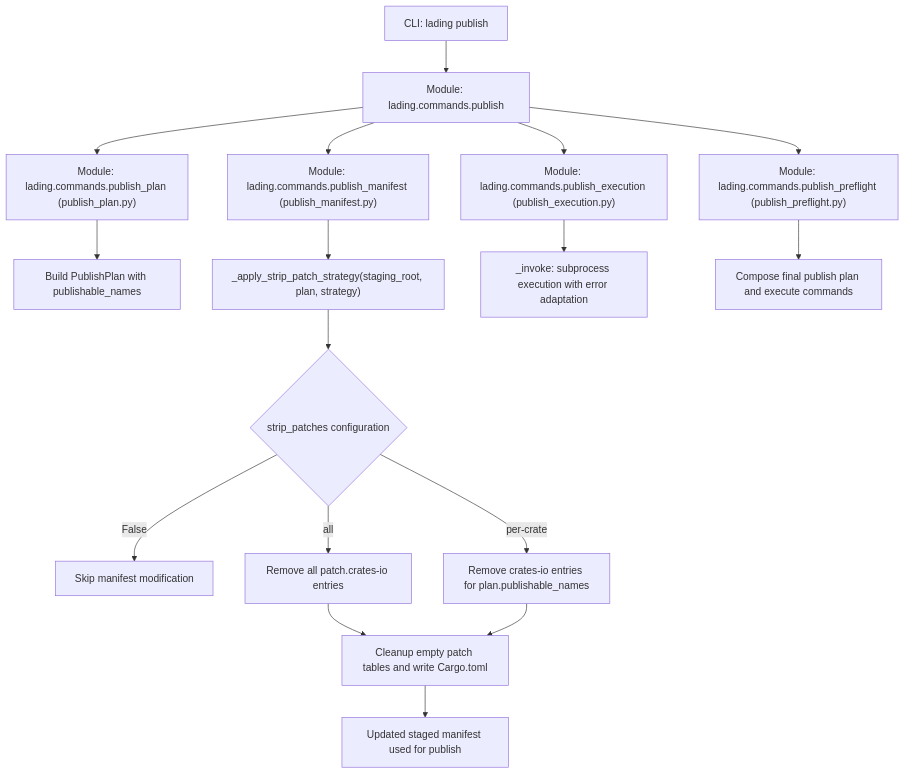
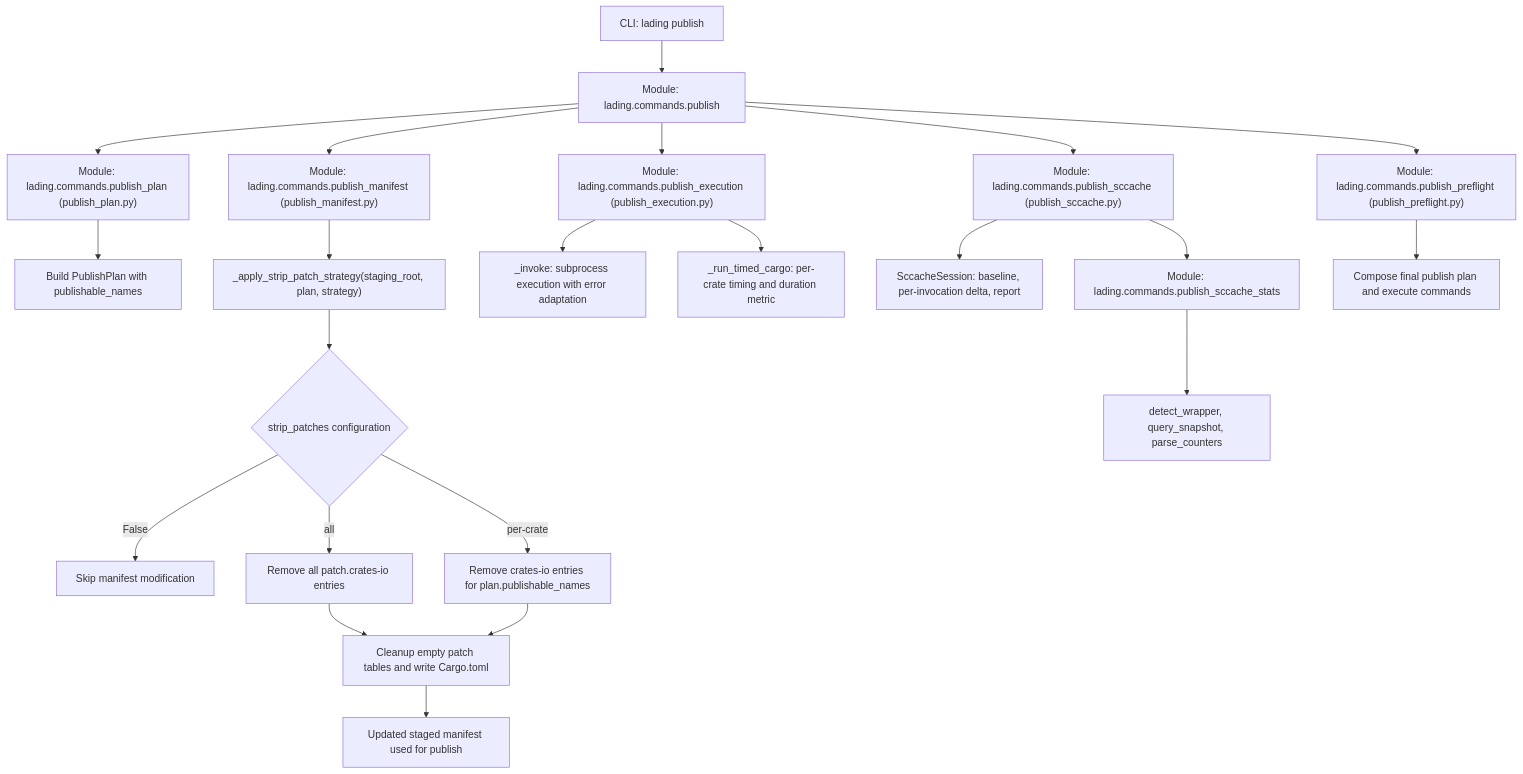
One commit to leynos/lading changed the first of 2 diagrams in docs/lading-design.md. Above: the diagram before and after it, drawn with Mermaid. The commit also changed other lines of this file and 27 other files, not shown here.

First line of the commit message:
Add opt-in sccache statistics to publish (#252) (#255)

````diff
--- a/docs/lading-design.md
+++ b/docs/lading-design.md
@@ -194,21 +194,27 @@
 ```mermaid
 graph TD
     A["CLI: lading publish"] --> B["Module: lading.commands.publish"]
     B --> C["Module: lading.commands.publish_plan (publish_plan.py)"]
     C --> C1["Build PublishPlan with publishable_names"]
     B --> D["Module: lading.commands.publish_manifest (publish_manifest.py)"]
     D --> D1["_apply_strip_patch_strategy(staging_root, plan, strategy)"]
     D1 --> D2{"strip_patches configuration"}
     D2 -->|"False"| E["Skip manifest modification"]
     D2 -->|"all"| F["Remove all patch.crates-io entries"]
     D2 -->|"per-crate"| G["Remove crates-io entries for plan.publishable_names"]
     F --> H["Cleanup empty patch tables and write Cargo.toml"]
     G --> H
     H --> I["Updated staged manifest used for publish"]
 
     B --> J["Module: lading.commands.publish_execution (publish_execution.py)"]
     J --> K["_invoke: subprocess execution with error adaptation"]
+    J --> K2["_run_timed_cargo: per-crate timing and duration metric"]
+
+    B --> L["Module: lading.commands.publish_sccache (publish_sccache.py)"]
+    L --> L1["SccacheSession: baseline, per-invocation delta, report"]
+    L --> M["Module: lading.commands.publish_sccache_stats"]
+    M --> M1["detect_wrapper, query_snapshot, parse_counters"]
 
     B --> N["Module: lading.commands.publish_preflight (publish_preflight.py)"]
     N --> O["Compose final publish plan and execute commands"]
 ```
````
